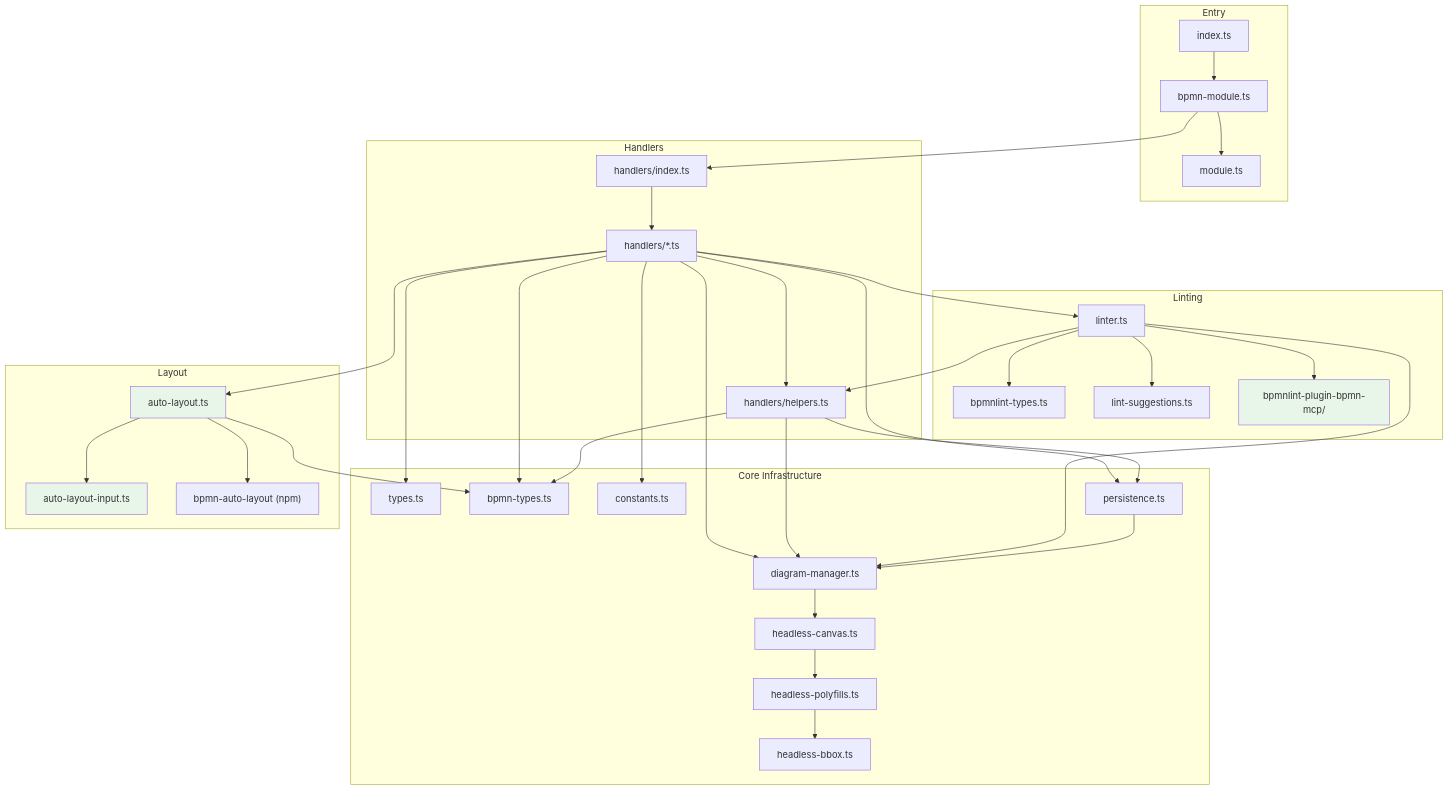
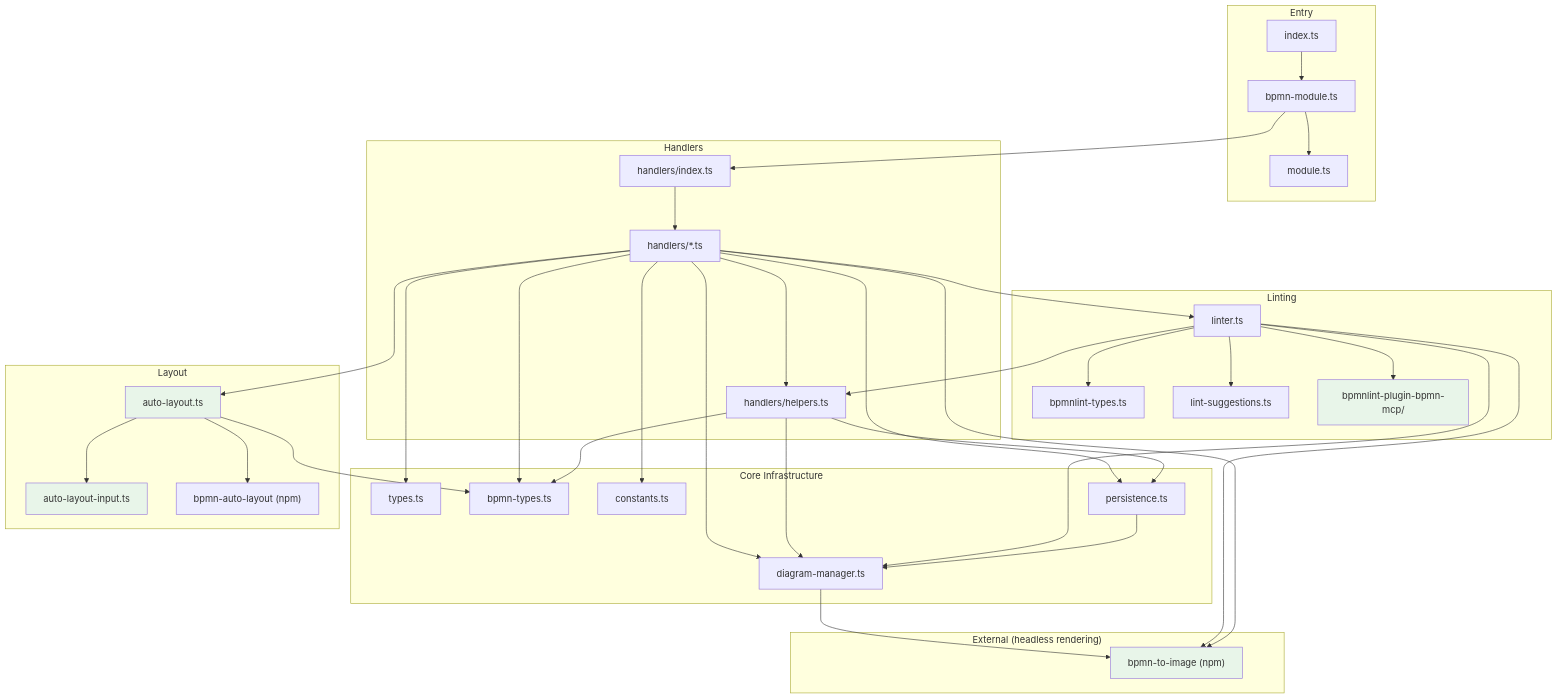
The diagram in docs/architecture.md (datakurre/bpmn-js-mcp), drawn with Mermaid before and after one commit. The commit also changed other lines of this file and 23 other files, not shown here.

First line of the commit message:
refactor: delegate headless bpmn-js rendering to bpmn-to-image

````diff
--- a/docs/architecture.md
+++ b/docs/architecture.md
@@ -9,76 +9,78 @@
 ```mermaid
 graph TD
     subgraph "Entry"
         index["index.ts"]
         bpmnmod["bpmn-module.ts"]
         mod["module.ts"]
     end
 
     subgraph "Core Infrastructure"
         types["types.ts"]
         bpmntypes["bpmn-types.ts"]
         constants["constants.ts"]
         dm["diagram-manager.ts"]
-        hc["headless-canvas.ts"]
-        hp["headless-polyfills.ts"]
-        hb["headless-bbox.ts"]
         persist["persistence.ts"]
+    end
+
+    subgraph "External (headless rendering)"
+        bti["bpmn-to-image (npm)"]
     end
 
     subgraph "Linting"
         linter["linter.ts"]
         linttypes["bpmnlint-types.ts"]
         lintsugg["lint-suggestions.ts"]
         lintplugin["bpmnlint-plugin-bpmn-mcp/"]
     end
 
     subgraph "Handlers"
         hindex["handlers/index.ts"]
         handlers["handlers/*.ts"]
         helpers["handlers/helpers.ts"]
     end
 
     subgraph "Layout"
         autolayout["auto-layout.ts"]
         autolayoutinput["auto-layout-input.ts"]
         lib["bpmn-auto-layout (npm)"]
     end
 
     index --> bpmnmod
     bpmnmod --> mod
     bpmnmod --> hindex
 
     hindex --> handlers
     handlers --> helpers
     handlers --> types
     handlers --> bpmntypes
     handlers --> constants
     handlers --> linter
     handlers --> dm
     handlers --> persist
     handlers --> autolayout
 
     helpers --> dm
     helpers --> persist
     helpers --> bpmntypes
 
     linter --> linttypes
     linter --> lintsugg
     linter --> lintplugin
     linter --> dm
     linter --> helpers
 
-    dm --> hc
-    hc --> hp
-    hp --> hb
+    dm --> bti
+    linter --> bti
+    handlers --> bti
 
     persist --> dm
 
     autolayout --> autolayoutinput
     autolayout --> lib
     autolayout --> bpmntypes
 
     style lintplugin fill:#e8f5e9
     style autolayout fill:#e8f5e9
     style autolayoutinput fill:#e8f5e9
+    style bti fill:#e8f5e9
 ```
````
